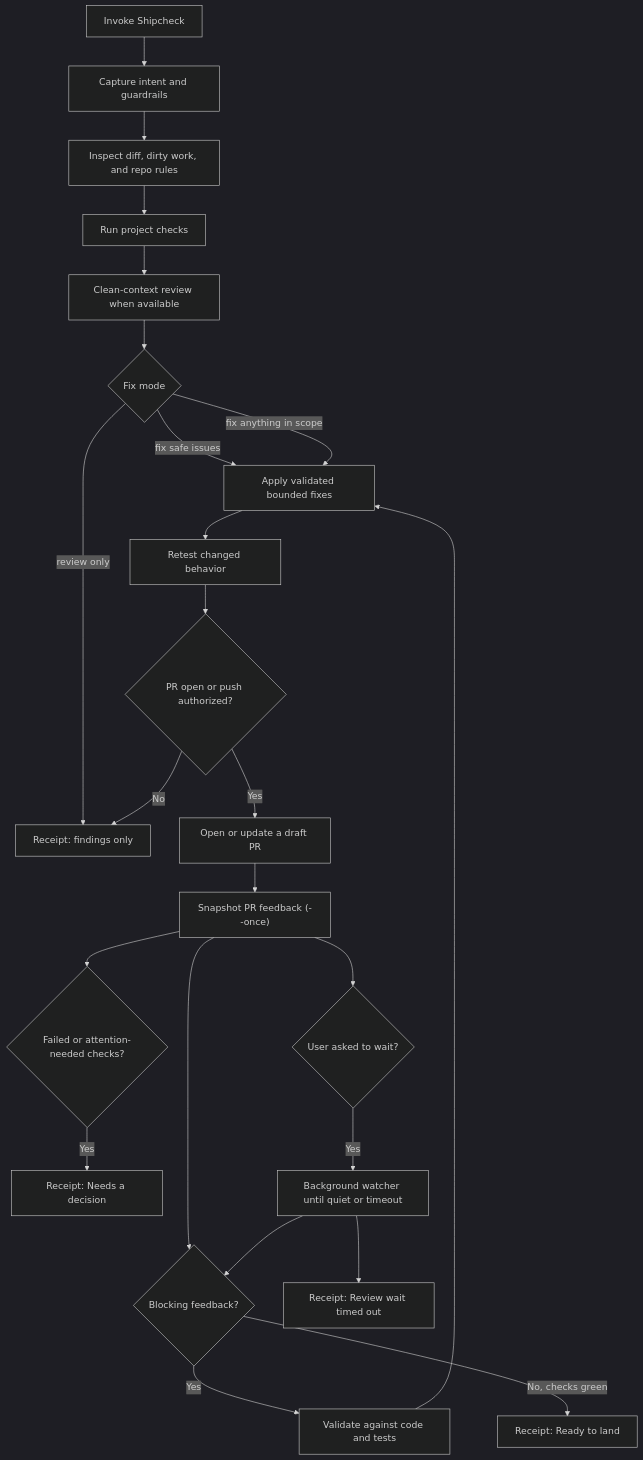
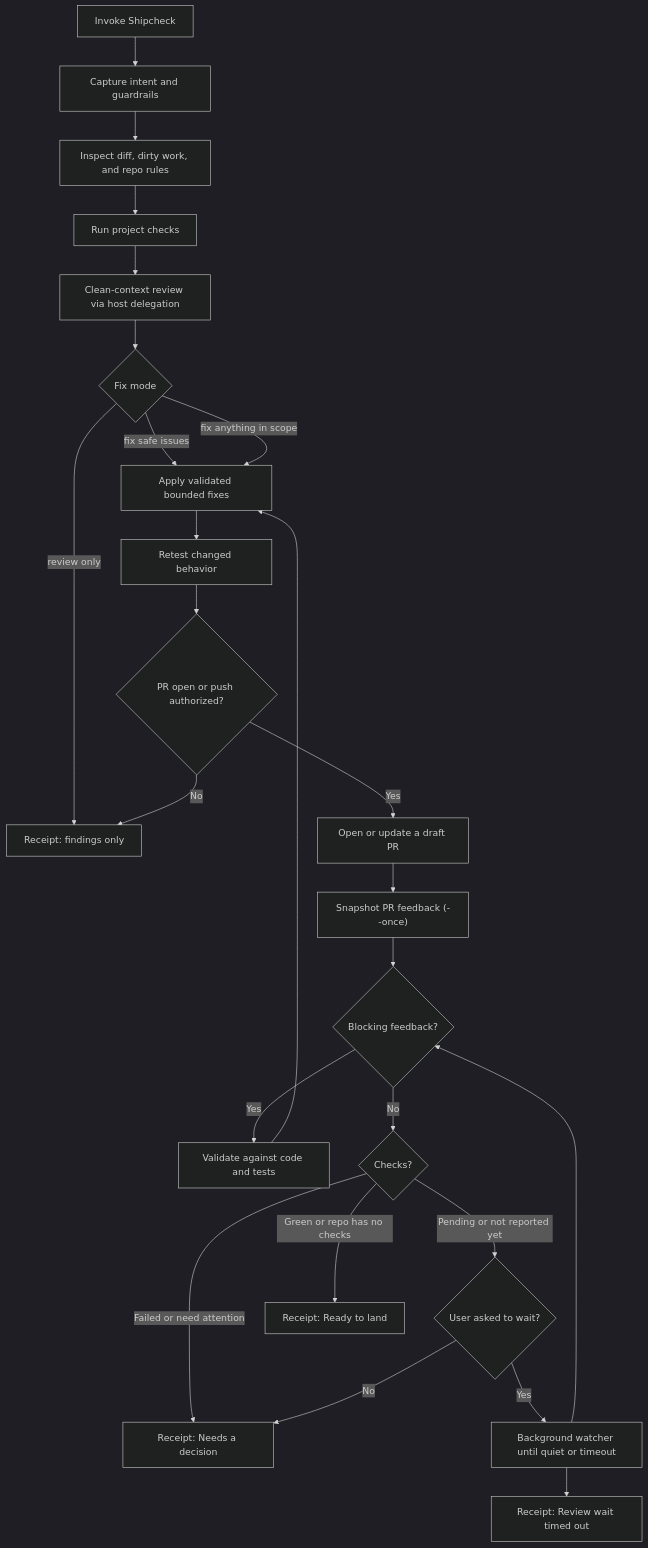
One commit to matthewrball/skills changed the diagram in README.md. Above: the diagram before and after it, drawn with Mermaid (dark theme). The commit also changed other lines of this file and 3 other files, not shown here.

First line of the commit message:
Require host-native review even when billing is unverified

````diff
--- a/README.md
+++ b/README.md
@@ -75,26 +75,27 @@
 ```mermaid
 flowchart TD
     A["Invoke Shipcheck"] --> B["Capture intent and guardrails"]
     B --> C["Inspect diff, dirty work, and repo rules"]
     C --> D["Run project checks"]
-    D --> E["Clean-context review when available"]
+    D --> E["Clean-context review via host delegation"]
     E --> F{"Fix mode"}
     F -- "review only" --> G["Receipt: findings only"]
     F -- "fix safe issues" --> H["Apply validated bounded fixes"]
     F -- "fix anything in scope" --> H
     H --> I["Retest changed behavior"]
     I --> J{"PR open or push authorized?"}
     J -- "No" --> G
     J -- "Yes" --> K["Open or update a draft PR"]
     K --> L["Snapshot PR feedback (--once)"]
     L --> M{"Blocking feedback?"}
     M -- "Yes" --> N["Validate against code and tests"]
     N --> H
-    M -- "No, checks green" --> O["Receipt: Ready to land"]
-    L --> P{"Failed or attention-needed checks?"}
-    P -- "Yes" --> Q["Receipt: Needs a decision"]
-    L --> R{"User asked to wait?"}
+    M -- "No" --> P{"Checks?"}
+    P -- "Failed or need attention" --> Q["Receipt: Needs a decision"]
+    P -- "Pending or not reported yet" --> R{"User asked to wait?"}
+    P -- "Green or repo has no checks" --> O["Receipt: Ready to land"]
     R -- "Yes" --> S["Background watcher until quiet or timeout"]
     S --> M
     S --> T["Receipt: Review wait timed out"]
+    R -- "No" --> Q
 ```
````
